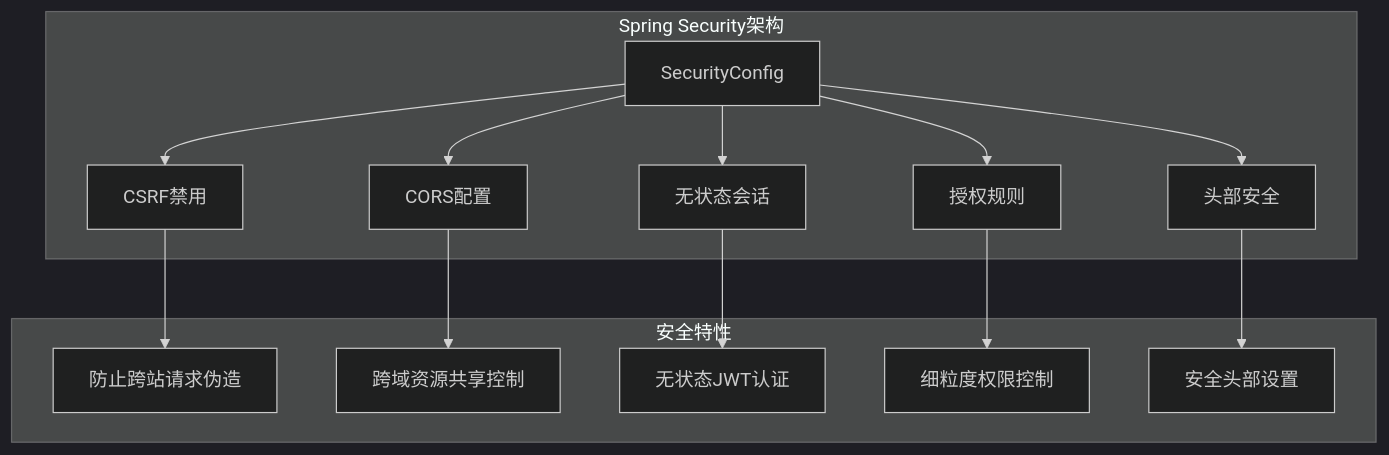
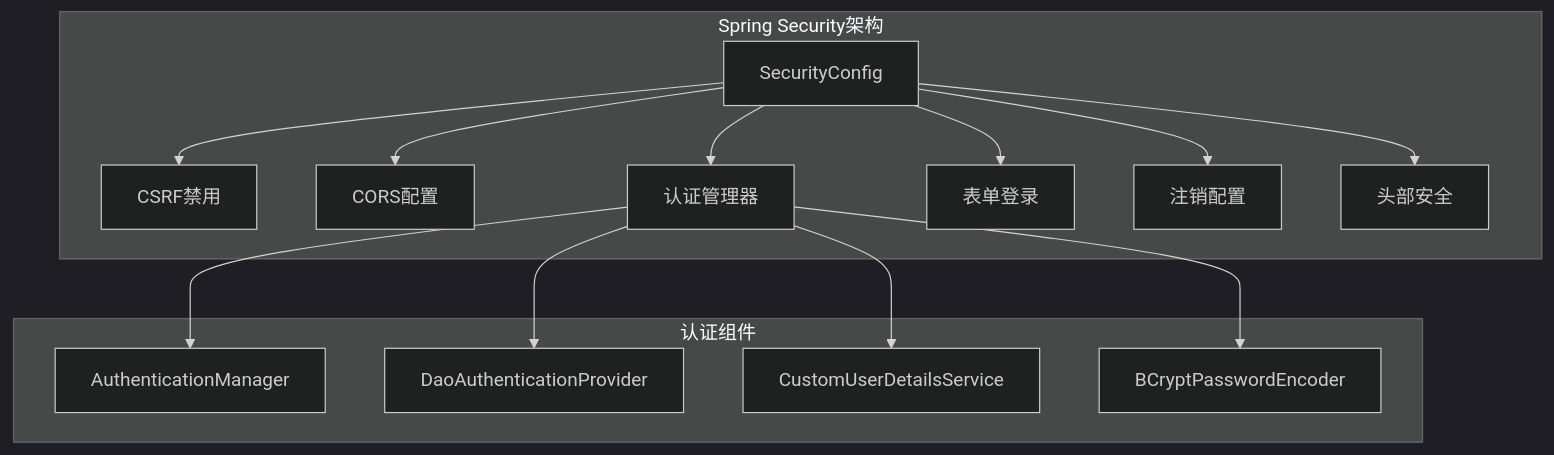
Before and after one commit to QoderZcy/zcyTest2: the first of 10 diagrams in .qoder/repowiki/zh/content/安全考虑/安全考虑.md, drawn with Mermaid (dark theme). The commit also changed other lines of this file and 9 other files, not shown here.

````diff
--- a/.qoder/repowiki/zh/content/安全考虑/安全考虑.md
+++ b/.qoder/repowiki/zh/content/安全考虑/安全考虑.md
@@ -41,17 +50,17 @@
 ```mermaid
 graph TB
 subgraph "Spring Security架构"
 SC[SecurityConfig] --> CSRF[CSRF禁用]
 SC --> CORS[CORS配置]
-SC --> SESSION[无状态会话]
-SC --> AUTH[授权规则]
+SC --> AUTH[认证管理器]
+SC --> FORM_LOGIN[表单登录]
+SC --> LOGOUT[注销配置]
 SC --> HEADERS[头部安全]
 end
-subgraph "安全特性"
-CSRF --> CSRF_DESC["防止跨站请求伪造"]
-CORS --> CORS_DESC["跨域资源共享控制"]
-SESSION --> SESSION_DESC["无状态JWT认证"]
-AUTH --> AUTH_DESC["细粒度权限控制"]
-HEADERS --> HEADERS_DESC["安全头部设置"]
+subgraph "认证组件"
+AUTH --> AUTH_MANAGER[AuthenticationManager]
+AUTH --> AUTH_PROVIDER[DaoAuthenticationProvider]
+AUTH --> USER_DETAILS[CustomUserDetailsService]
+AUTH --> PASSWORD_ENCODER[BCryptPasswordEncoder]
 end
 ```
````
